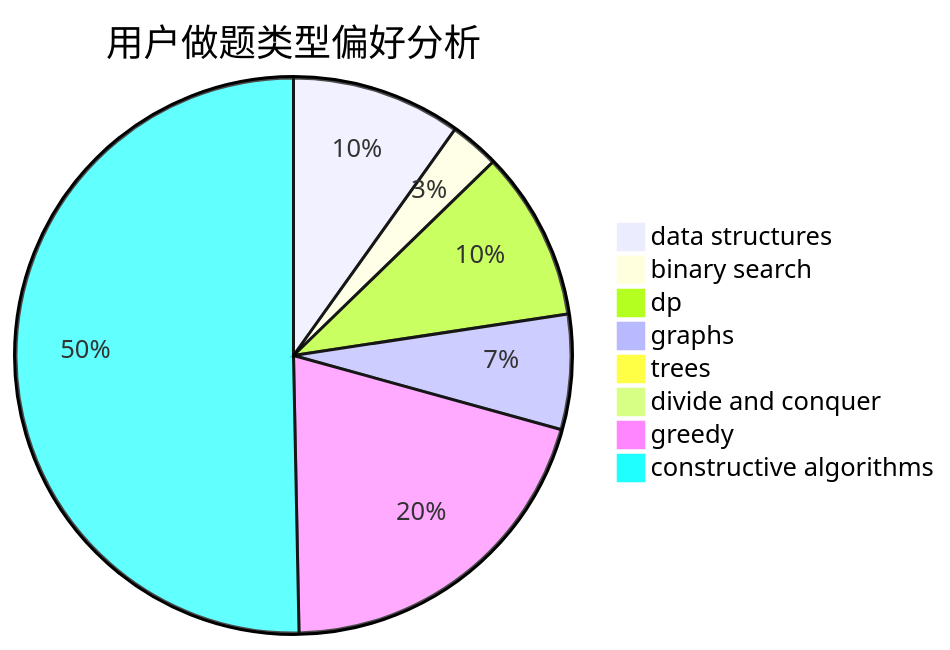
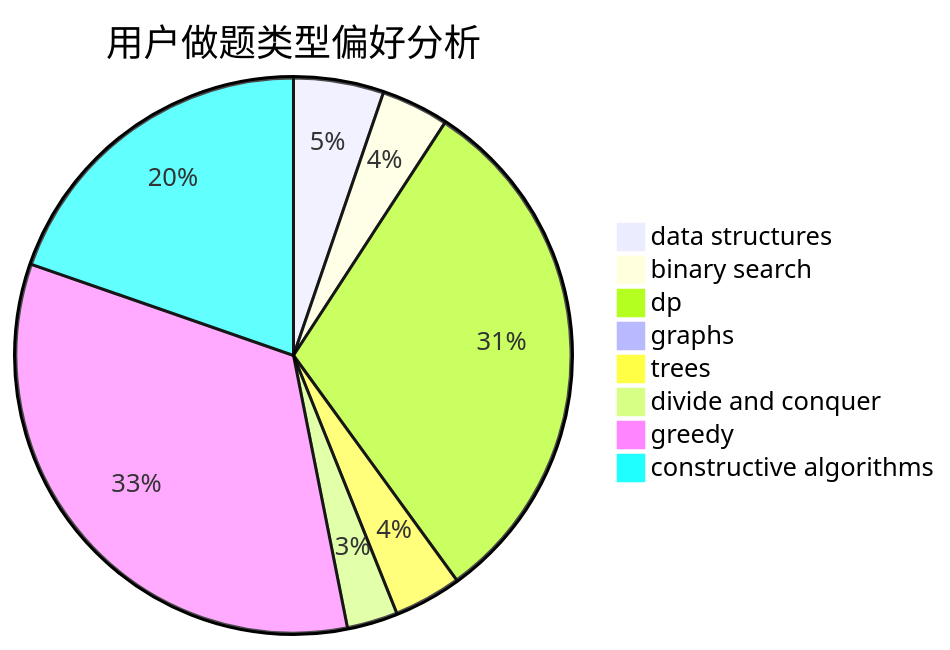
Before and after one commit to sherpahu/cfrs.github.io: the second of 3 diagrams in docs/user/u654.md, drawn with Mermaid. The commit also changed other lines of this file and 2770 other files, not shown here.

````diff
--- a/docs/user/u654.md
+++ b/docs/user/u654.md
@@ -23,11 +23,11 @@
 ```mermaid
 pie title 用户做题类型偏好分析
-    "data structures" :  31
-    "binary search" :  9
-    "dp" :  31
-    "graphs" :  21
-    "trees" :  0
-    "divide and conquer" :  0
-    "greedy" :  64
-    "constructive algorithms" :  158
+    "data structures" :  16
+    "binary search" :  12
+    "dp" :  94
+    "graphs" :  0
+    "trees" :  12
+    "divide and conquer" :  9
+    "greedy" :  102
+    "constructive algorithms" :  60
 ```
````
